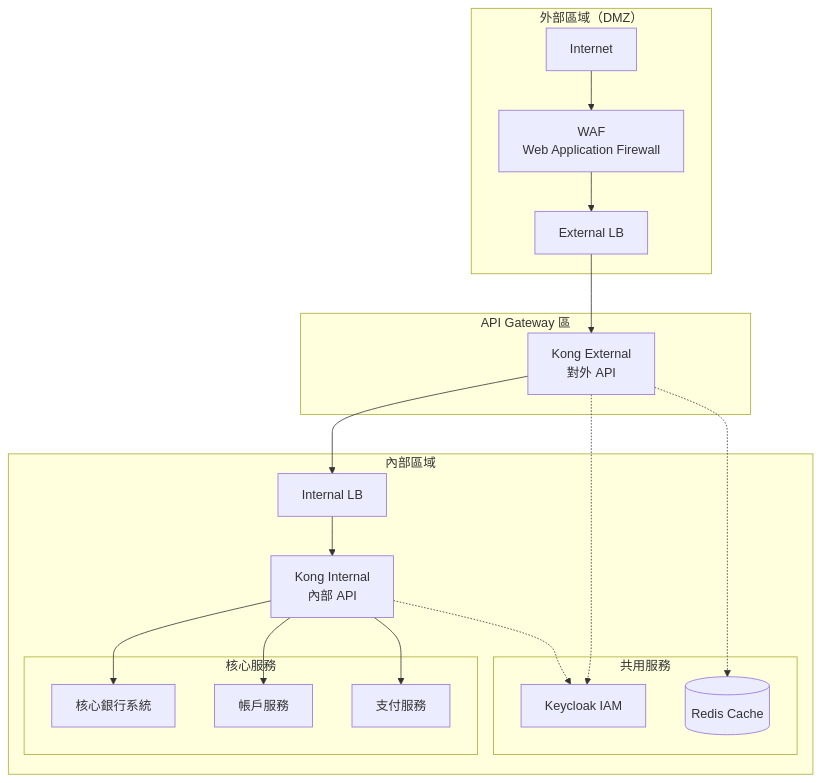
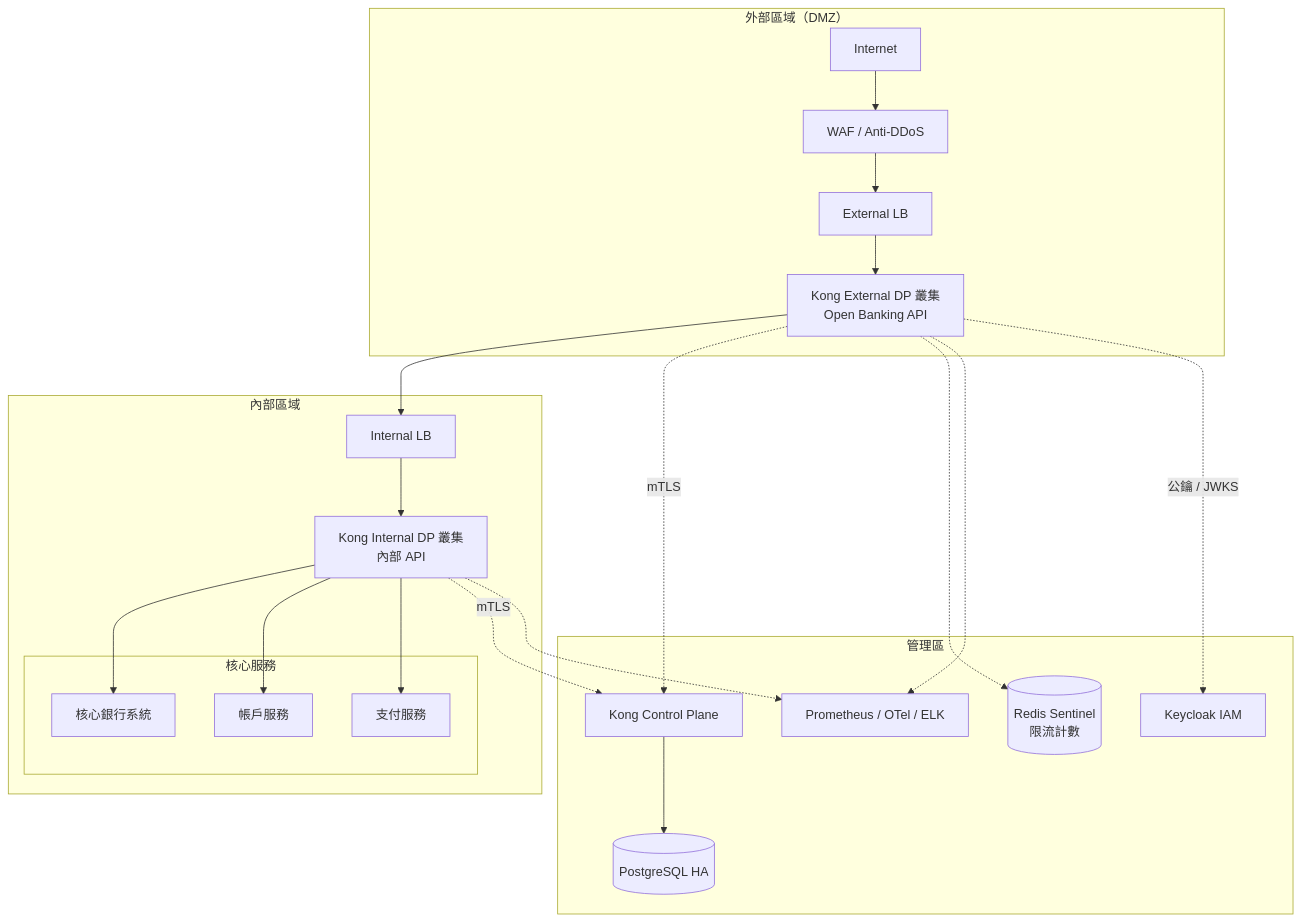
One commit to chihhung/Blog changed the eighth of 22 diagrams in content/posts/教學/工具/Kong API Gateway教學手冊.md. Above: the diagram before and after it, drawn with Mermaid. The commit also changed other lines of this file and 10 other files, not shown here.

````diff
--- a/content/posts/教學/工具/Kong API Gateway教學手冊.md
+++ b/content/posts/教學/工具/Kong API Gateway教學手冊.md
@@ -339,38 +670,41 @@
 ```mermaid
 graph TB
     subgraph "外部區域（DMZ）"
         Internet[Internet]
-        WAF[WAF<br/>Web Application Firewall]
+        WAF[WAF / Anti-DDoS]
         ExtLB[External LB]
+        KongExt[Kong External DP 叢集<br/>Open Banking API]
     end
-    
-    subgraph "API Gateway 區"
-        Kong_Ext[Kong External<br/>對外 API]
-    end
-    
+
     subgraph "內部區域"
         IntLB[Internal LB]
-        Kong_Int[Kong Internal<br/>內部 API]
-        
+        KongInt[Kong Internal DP 叢集<br/>內部 API]
+
         subgraph "核心服務"
             CoreBanking[核心銀行系統]
             AccountSvc[帳戶服務]
             PaymentSvc[支付服務]
         end
-        
-        subgraph "共用服務"
-            Keycloak[Keycloak IAM]
-            Redis[(Redis Cache)]
-        end
     end
-    
-    Internet --> WAF --> ExtLB --> Kong_Ext
-    Kong_Ext --> IntLB
-    IntLB --> Kong_Int
-    Kong_Int --> CoreBanking
-    Kong_Int --> AccountSvc
-    Kong_Int --> PaymentSvc
-    Kong_Ext -.-> Keycloak
-    Kong_Int -.-> Keycloak
-    Kong_Ext -.-> Redis
+
+    subgraph "管理區"
+        CP[Kong Control Plane]
+        PG[(PostgreSQL HA)]
+        Keycloak[Keycloak IAM]
+        Redis[(Redis Sentinel<br/>限流計數)]
+        Obs[Prometheus / OTel / ELK]
+    end
+
+    Internet --> WAF --> ExtLB --> KongExt
+    KongExt --> IntLB --> KongInt
+    KongInt --> CoreBanking
+    KongInt --> AccountSvc
+    KongInt --> PaymentSvc
+    KongExt -.->|mTLS| CP
+    KongInt -.->|mTLS| CP
+    CP --> PG
+    KongExt -.-> Redis
+    KongExt -.-> Obs
+    KongInt -.-> Obs
+    KongExt -.->|公鑰 / JWKS| Keycloak
 ```
````
